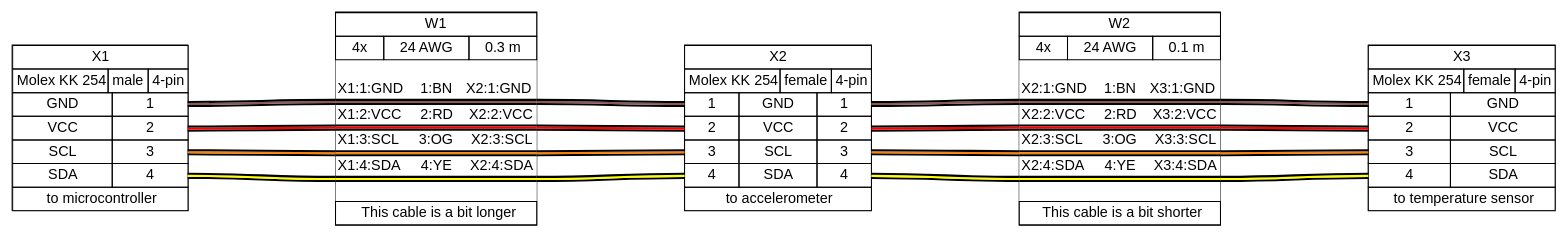
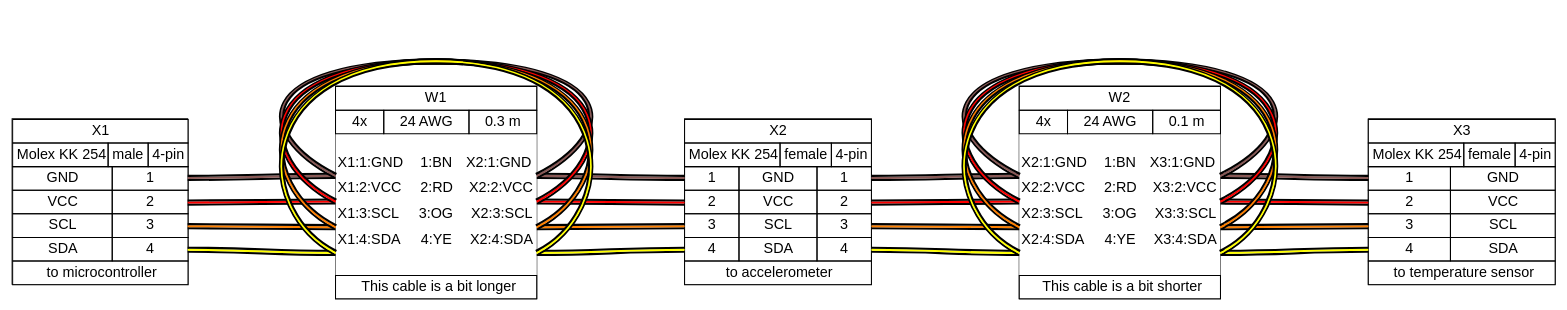
One commit to tobiasfalk/WireViz changed the diagram in tutorial/tutorial04.gv. Above: the diagram before and after it, drawn with Graphviz. The commit also changed 137 other files, not shown here.

```diff
--- a/tutorial/tutorial04.gv
+++ b/tutorial/tutorial04.gv
@@ -209,19 +209,7 @@
      <td align="right">X2:1:GND </td>
     </tr>
     <tr>
-     <td border="0" cellspacing="0" cellpadding="0" colspan="5" height="6" port="w1">
-      <table border="0" cellborder="0" cellspacing="0">
-       <tr>
-        <td bgcolor="#000000" border="0" cellpadding="0" colspan="5" height="2"></td>
-       </tr>
-       <tr>
-        <td bgcolor="#895956" border="0" cellpadding="0" colspan="5" height="2"></td>
-       </tr>
-       <tr>
-        <td bgcolor="#000000" border="0" cellpadding="0" colspan="5" height="2"></td>
-       </tr>
-      </table>
-     </td>
+     <td border="0" cellspacing="0" cellpadding="0" colspan="5" height="6" port="w1"></td>
     </tr>
     <tr>
      <td align="left"> X1:2:VCC</td>
@@ -231,19 +219,7 @@
      <td align="right">X2:2:VCC </td>
     </tr>
     <tr>
-     <td border="0" cellspacing="0" cellpadding="0" colspan="5" height="6" port="w2">
-      <table border="0" cellborder="0" cellspacing="0">
-       <tr>
-        <td bgcolor="#000000" border="0" cellpadding="0" colspan="5" height="2"></td>
-       </tr>
-       <tr>
-        <td bgcolor="#FF0000" border="0" cellpadding="0" colspan="5" height="2"></td>
-       </tr>
-       <tr>
-        <td bgcolor="#000000" border="0" cellpadding="0" colspan="5" height="2"></td>
-       </tr>
-      </table>
-     </td>
+     <td border="0" cellspacing="0" cellpadding="0" colspan="5" height="6" port="w2"></td>
     </tr>
     <tr>
      <td align="left"> X1:3:SCL</td>
@@ -253,19 +229,7 @@
      <td align="right">X2:3:SCL </td>
     </tr>
     <tr>
-     <td border="0" cellspacing="0" cellpadding="0" colspan="5" height="6" port="w3">
-      <table border="0" cellborder="0" cellspacing="0">
-       <tr>
-        <td bgcolor="#000000" border="0" cellpadding="0" colspan="5" height="2"></td>
-       </tr>
-       <tr>
-        <td bgcolor="#FF8000" border="0" cellpadding="0" colspan="5" height="2"></td>
-       </tr>
-       <tr>
-        <td bgcolor="#000000" border="0" cellpadding="0" colspan="5" height="2"></td>
-       </tr>
-      </table>
-     </td>
+     <td border="0" cellspacing="0" cellpadding="0" colspan="5" height="6" port="w3"></td>
     </tr>
     <tr>
      <td align="left"> X1:4:SDA</td>
@@ -275,19 +239,7 @@
      <td align="right">X2:4:SDA </td>
     </tr>
     <tr>
-     <td border="0" cellspacing="0" cellpadding="0" colspan="5" height="6" port="w4">
-      <table border="0" cellborder="0" cellspacing="0">
-       <tr>
-        <td bgcolor="#000000" border="0" cellpadding="0" colspan="5" height="2"></td>
-       </tr>
-       <tr>
-        <td bgcolor="#FFFF00" border="0" cellpadding="0" colspan="5" height="2"></td>
-       </tr>
-       <tr>
-        <td bgcolor="#000000" border="0" cellpadding="0" colspan="5" height="2"></td>
-       </tr>
-      </table>
-     </td>
+     <td border="0" cellspacing="0" cellpadding="0" colspan="5" height="6" port="w4"></td>
     </tr>
     <tr>
      <td>&nbsp;</td>
@@ -318,6 +270,10 @@
 	edge [color="#000000:#FFFF00:#000000"]
 	X1:p4r:e -- W1:w4:w
 	W1:w4:e -- X2:p4l:w
+	W1:w1:e -- W1:w1:w [color="#000000:#895956:#000000" straight=straight]
+	W1:w2:e -- W1:w2:w [color="#000000:#FF0000:#000000" straight=straight]
+	W1:w3:e -- W1:w3:w [color="#000000:#FF8000:#000000" straight=straight]
+	W1:w4:e -- W1:w4:w [color="#000000:#FFFF00:#000000" straight=straight]
 	W2 [label=<
 <table border="0" cellspacing="0" cellpadding="0" bgcolor="#FFFFFF">
  <tr>
@@ -354,19 +310,7 @@
      <td align="right">X3:1:GND </td>
     </tr>
     <tr>
-     <td border="0" cellspacing="0" cellpadding="0" colspan="5" height="6" port="w1">
-      <table border="0" cellborder="0" cellspacing="0">
-       <tr>
-        <td bgcolor="#000000" border="0" cellpadding="0" colspan="5" height="2"></td>
-       </tr>
-       <tr>
-        <td bgcolor="#895956" border="0" cellpadding="0" colspan="5" height="2"></td>
-       </tr>
-       <tr>
-        <td bgcolor="#000000" border="0" cellpadding="0" colspan="5" height="2"></td>
-       </tr>
-      </table>
-     </td>
+     <td border="0" cellspacing="0" cellpadding="0" colspan="5" height="6" port="w1"></td>
     </tr>
     <tr>
      <td align="left"> X2:2:VCC</td>
@@ -376,19 +320,7 @@
      <td align="right">X3:2:VCC </td>
     </tr>
     <tr>
-     <td border="0" cellspacing="0" cellpadding="0" colspan="5" height="6" port="w2">
-      <table border="0" cellborder="0" cellspacing="0">
-       <tr>
-        <td bgcolor="#000000" border="0" cellpadding="0" colspan="5" height="2"></td>
-       </tr>
-       <tr>
-        <td bgcolor="#FF0000" border="0" cellpadding="0" colspan="5" height="2"></td>
-       </tr>
-       <tr>
-        <td bgcolor="#000000" border="0" cellpadding="0" colspan="5" height="2"></td>
-       </tr>
-      </table>
-     </td>
+     <td border="0" cellspacing="0" cellpadding="0" colspan="5" height="6" port="w2"></td>
     </tr>
     <tr>
      <td align="left"> X2:3:SCL</td>
@@ -398,19 +330,7 @@
      <td align="right">X3:3:SCL </td>
     </tr>
     <tr>
-     <td border="0" cellspacing="0" cellpadding="0" colspan="5" height="6" port="w3">
-      <table border="0" cellborder="0" cellspacing="0">
-       <tr>
-        <td bgcolor="#000000" border="0" cellpadding="0" colspan="5" height="2"></td>
-       </tr>
-       <tr>
-        <td bgcolor="#FF8000" border="0" cellpadding="0" colspan="5" height="2"></td>
-       </tr>
-       <tr>
-        <td bgcolor="#000000" border="0" cellpadding="0" colspan="5" height="2"></td>
-       </tr>
-      </table>
-     </td>
+     <td border="0" cellspacing="0" cellpadding="0" colspan="5" height="6" port="w3"></td>
     </tr>
     <tr>
      <td align="left"> X2:4:SDA</td>
@@ -420,19 +340,7 @@
      <td align="right">X3:4:SDA </td>
     </tr>
     <tr>
-     <td border="0" cellspacing="0" cellpadding="0" colspan="5" height="6" port="w4">
-      <table border="0" cellborder="0" cellspacing="0">
-       <tr>
-        <td bgcolor="#000000" border="0" cellpadding="0" colspan="5" height="2"></td>
-       </tr>
-       <tr>
-        <td bgcolor="#FFFF00" border="0" cellpadding="0" colspan="5" height="2"></td>
-       </tr>
-       <tr>
-        <td bgcolor="#000000" border="0" cellpadding="0" colspan="5" height="2"></td>
-       </tr>
-      </table>
-     </td>
+     <td border="0" cellspacing="0" cellpadding="0" colspan="5" height="6" port="w4"></td>
     </tr>
     <tr>
      <td>&nbsp;</td>
@@ -463,4 +371,8 @@
 	edge [color="#000000:#FFFF00:#000000"]
 	X2:p4r:e -- W2:w4:w
 	W2:w4:e -- X3:p4l:w
+	W2:w1:e -- W2:w1:w [color="#000000:#895956:#000000" straight=straight]
+	W2:w2:e -- W2:w2:w [color="#000000:#FF0000:#000000" straight=straight]
+	W2:w3:e -- W2:w3:w [color="#000000:#FF8000:#000000" straight=straight]
+	W2:w4:e -- W2:w4:w [color="#000000:#FFFF00:#000000" straight=straight]
 }
```
